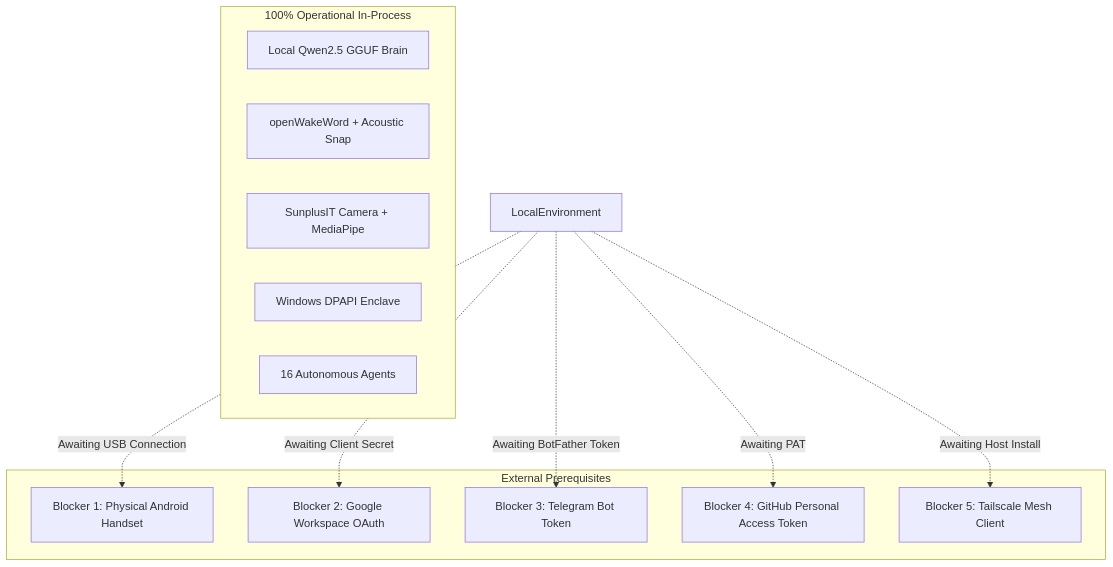
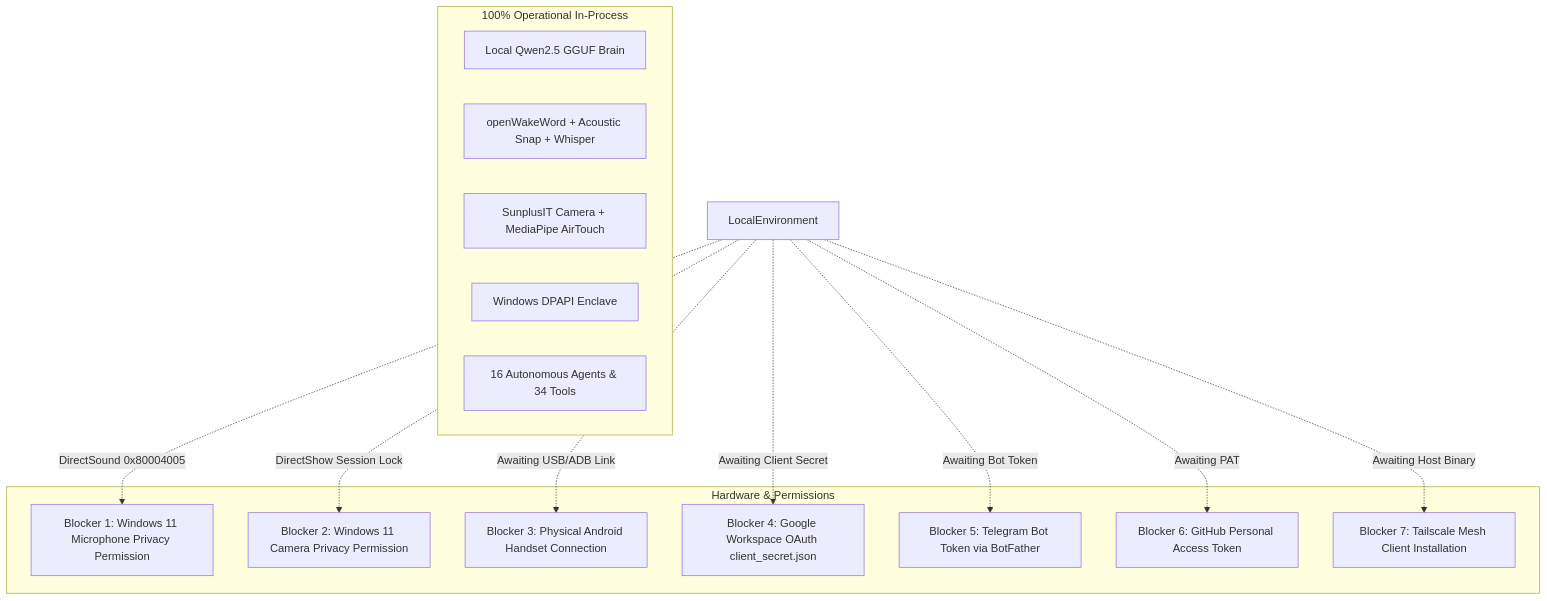
Before and after one commit to ayaanraza2008/MATRIX: the diagram in docs/MATRIX_REMAINING_BLOCKERS.md, drawn with Mermaid. The commit also changed other lines of this file and 20 other files, not shown here.

````diff
--- a/docs/MATRIX_REMAINING_BLOCKERS.md
+++ b/docs/MATRIX_REMAINING_BLOCKERS.md
@@ -19,24 +19,31 @@
 ```mermaid
 graph TD
     subgraph Local Environment [100% Operational In-Process]
         Brain[Local Qwen2.5 GGUF Brain]
-        Voice[openWakeWord + Acoustic Snap]
-        Vision[SunplusIT Camera + MediaPipe]
+        Voice[openWakeWord + Acoustic Snap + Whisper]
+        Vision[SunplusIT Camera + MediaPipe AirTouch]
         Security[Windows DPAPI Enclave]
-        Agents[16 Autonomous Agents]
+        Agents[16 Autonomous Agents & 34 Tools]
     end
 
-    subgraph User Action Required [External Prerequisites]
-        B1[Blocker 1: Physical Android Handset]
-        B2[Blocker 2: Google Workspace OAuth]
-        B3[Blocker 3: Telegram Bot Token]
-        B4[Blocker 4: GitHub Personal Access Token]
-        B5[Blocker 5: Tailscale Mesh Client]
+    subgraph User Action Required [Hardware & Permissions]
+        H1[Blocker 1: Windows 11 Microphone Privacy Permission]
+        H2[Blocker 2: Windows 11 Camera Privacy Permission]
+        H3[Blocker 3: Physical Android Handset Connection]
     end
 
-    LocalEnvironment -.->|Awaiting USB Connection| B1
-    LocalEnvironment -.->|Awaiting Client Secret| B2
-    LocalEnvironment -.->|Awaiting BotFather Token| B3
-    LocalEnvironment -.->|Awaiting PAT| B4
-    LocalEnvironment -.->|Awaiting Host Install| B5
+    subgraph User Action Required [Third-Party Cloud Credentials]
+        C1[Blocker 4: Google Workspace OAuth client_secret.json]
+        C2[Blocker 5: Telegram Bot Token via BotFather]
+        C3[Blocker 6: GitHub Personal Access Token]
+        C4[Blocker 7: Tailscale Mesh Client Installation]
+    end
+
+    LocalEnvironment -.->|DirectSound 0x80004005| H1
+    LocalEnvironment -.->|DirectShow Session Lock| H2
+    LocalEnvironment -.->|Awaiting USB/ADB Link| H3
+    LocalEnvironment -.->|Awaiting Client Secret| C1
+    LocalEnvironment -.->|Awaiting Bot Token| C2
+    LocalEnvironment -.->|Awaiting PAT| C3
+    LocalEnvironment -.->|Awaiting Host Binary| C4
 ```
````
